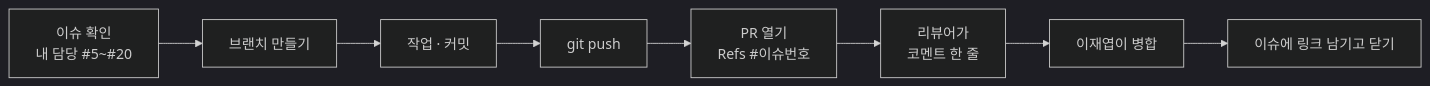
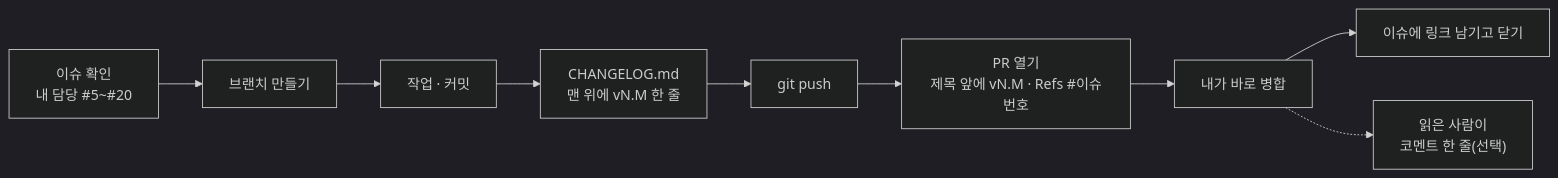
Before and after one commit to 2026-Codyssey-Final-Proj/Final-Proj: the second of 2 diagrams in 01-docs/00-overview/team-guide.md, drawn with Mermaid (dark theme). The commit also changed other lines of this file and 11 other files, not shown here.

````diff
--- a/01-docs/00-overview/team-guide.md
+++ b/01-docs/00-overview/team-guide.md
@@ -103,10 +105,11 @@
 ```mermaid
 flowchart LR
     A["이슈 확인<br/>내 담당 #5~#20"] --> B["브랜치 만들기"]
     B --> C["작업 · 커밋"]
-    C --> D["git push"]
-    D --> E["PR 열기<br/>Refs #이슈번호"]
-    E --> F["리뷰어가<br/>코멘트 한 줄"]
-    F --> G["이재엽이 병합"]
+    C --> V["CHANGELOG.md<br/>맨 위에 vN.M 한 줄"]
+    V --> D["git push"]
+    D --> E["PR 열기<br/>제목 앞에 vN.M · Refs #이슈번호"]
+    E --> G["내가 바로 병합"]
     G --> H["이슈에 링크 남기고 닫기"]
+    G -.-> F["읽은 사람이<br/>코멘트 한 줄(선택)"]
 ```
````
